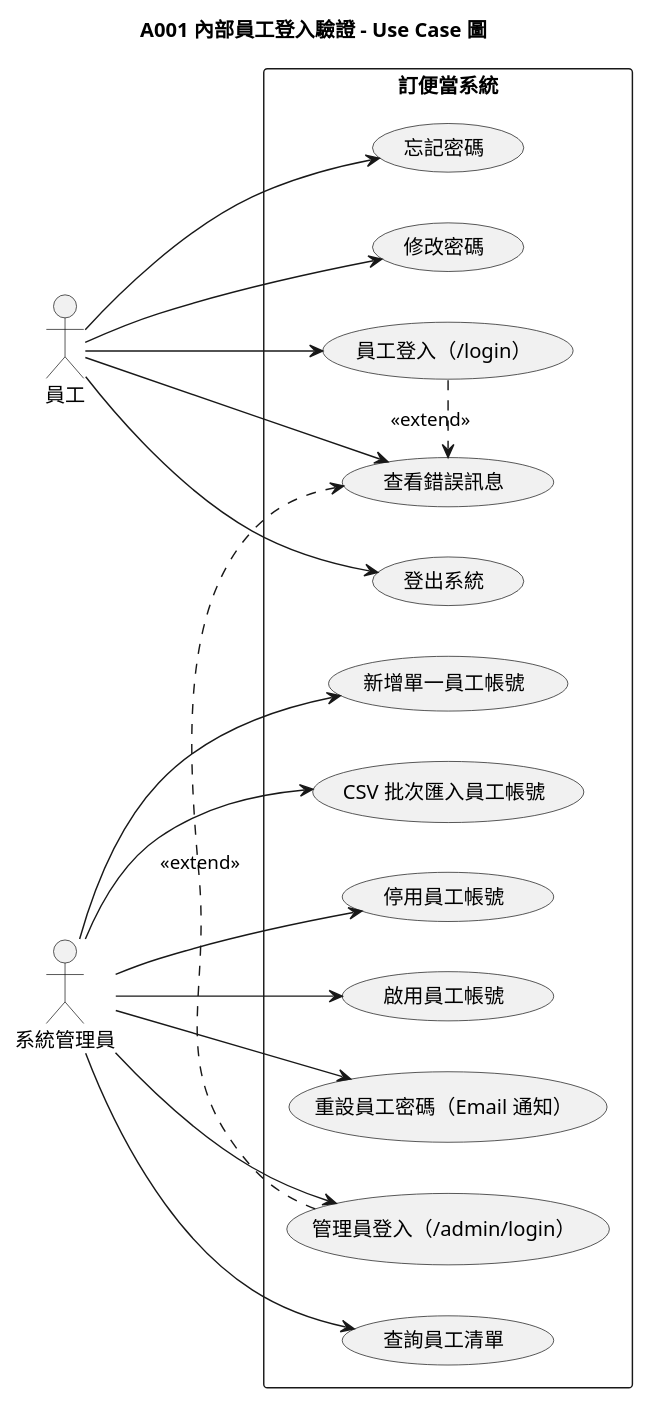
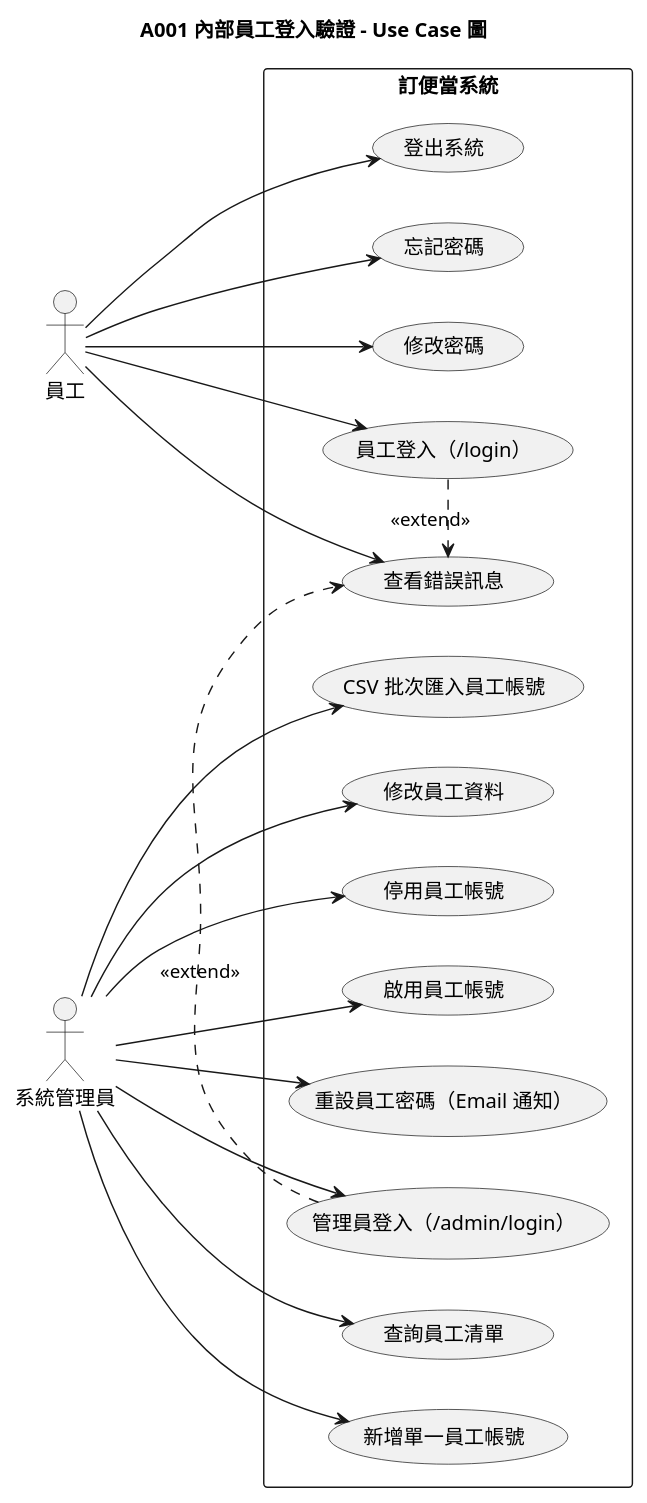
One commit to teyhawzhe/bento-uml changed the diagram in output/A001/A001-usecase.puml. Above: the diagram before and after it, drawn with PlantUML. The commit also changed 3 other files, not shown here.

```diff
--- a/output/A001/A001-usecase.puml
+++ b/output/A001/A001-usecase.puml
@@ -1,41 +1,43 @@
 @startuml A001-usecase
 
 left to right direction
 title A001 內部員工登入驗證 - Use Case 圖
 
 actor 員工
 actor 系統管理員
 
 rectangle 訂便當系統 {
   usecase "員工登入（/login）" as UC1
   usecase "查看錯誤訊息" as UC2
   usecase "登出系統" as UC3
   usecase "忘記密碼" as UC4
   usecase "修改密碼" as UC5
   usecase "管理員登入（/admin/login）" as UC6
   usecase "查詢員工清單" as UC11
   usecase "新增單一員工帳號" as UC7
   usecase "CSV 批次匯入員工帳號" as UC10
+  usecase "修改員工資料" as UC13
   usecase "停用員工帳號" as UC8
   usecase "啟用員工帳號" as UC12
   usecase "重設員工密碼（Email 通知）" as UC9
 }
 
 員工 --> UC1
 員工 --> UC2
 員工 --> UC3
 員工 --> UC4
 員工 --> UC5
 
 系統管理員 --> UC6
 系統管理員 --> UC11
 系統管理員 --> UC7
 系統管理員 --> UC10
+系統管理員 --> UC13
 系統管理員 --> UC8
 系統管理員 --> UC12
 系統管理員 --> UC9
 
 UC1 .> UC2 : <<extend>>
 UC6 .> UC2 : <<extend>>
 
 @enduml
```
